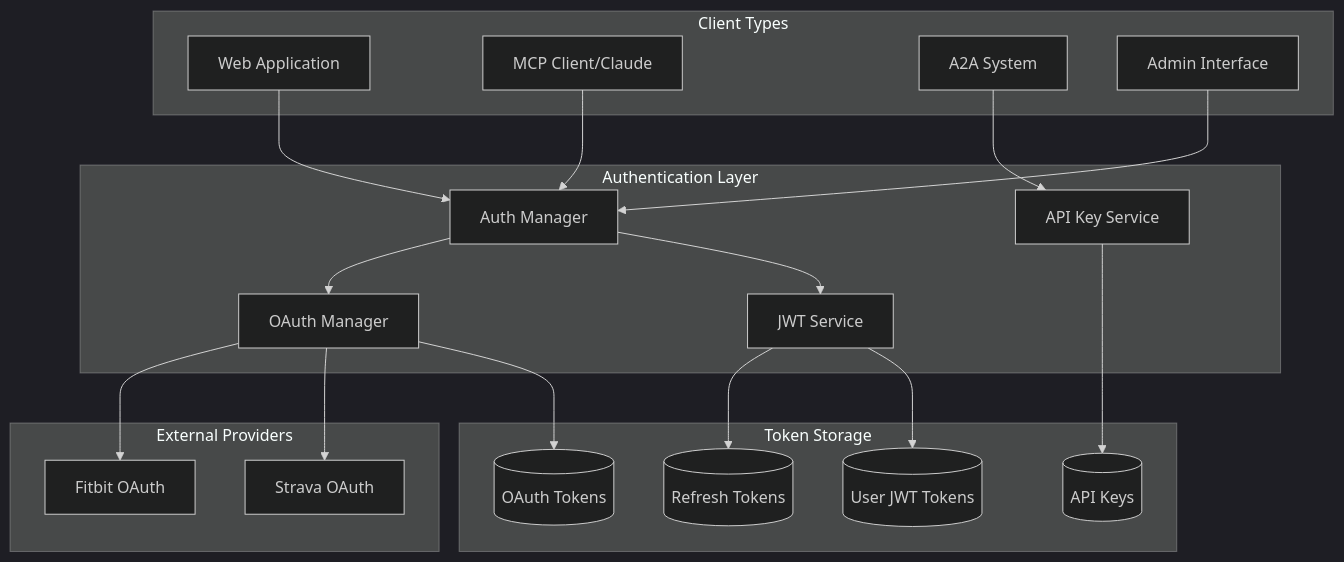
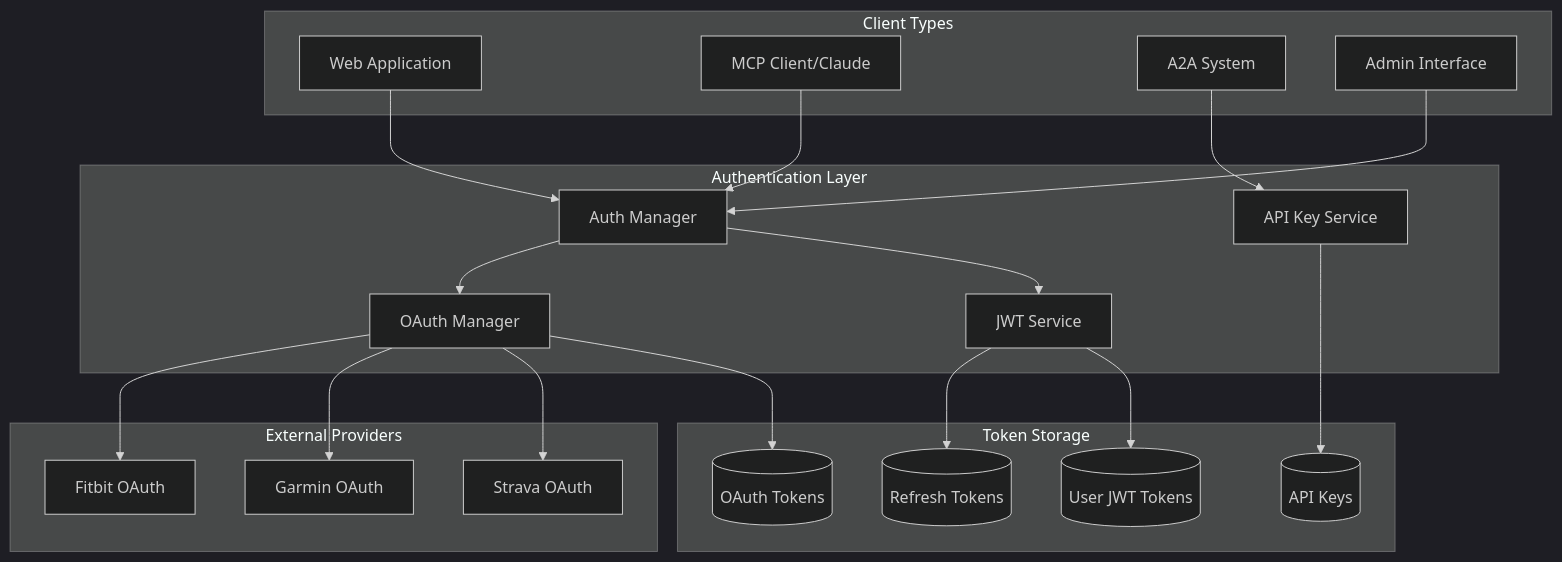
One commit to Async-IO/pierre_mcp_server changed the second of 8 diagrams in docs/developer-guide/06-authentication.md. Above: the diagram before and after it, drawn with Mermaid (dark theme). The commit also changed other lines of this file and 18 other files, not shown here.

````diff
--- a/docs/developer-guide/06-authentication.md
+++ b/docs/developer-guide/06-authentication.md
@@ -53,44 +57,46 @@
 ```mermaid
 graph TB
     subgraph "Client Types"
         WebApp[Web Application]
         MCP[MCP Client/Claude]
         A2A[A2A System]
         Admin[Admin Interface]
     end
     
     subgraph "Authentication Layer"
         AuthManager[Auth Manager]
         JWT[JWT Service]
         OAuth[OAuth Manager]
         ApiKeys[API Key Service]
     end
     
     subgraph "Token Storage"
         UserTokens[(User JWT Tokens)]
         ApiKeyStore[(API Keys)]
         OAuthTokens[(OAuth Tokens)]
         RefreshTokens[(Refresh Tokens)]
     end
     
     subgraph "External Providers"
         Strava[Strava OAuth]
+        Garmin[Garmin OAuth]
         Fitbit[Fitbit OAuth]
     end
-    
+
     WebApp --> AuthManager
     MCP --> AuthManager
     A2A --> ApiKeys
     Admin --> AuthManager
-    
+
     AuthManager --> JWT
     AuthManager --> OAuth
-    
+
     JWT --> UserTokens
     JWT --> RefreshTokens
     ApiKeys --> ApiKeyStore
     OAuth --> OAuthTokens
-    
+
     OAuth --> Strava
+    OAuth --> Garmin
     OAuth --> Fitbit
 ```
````
